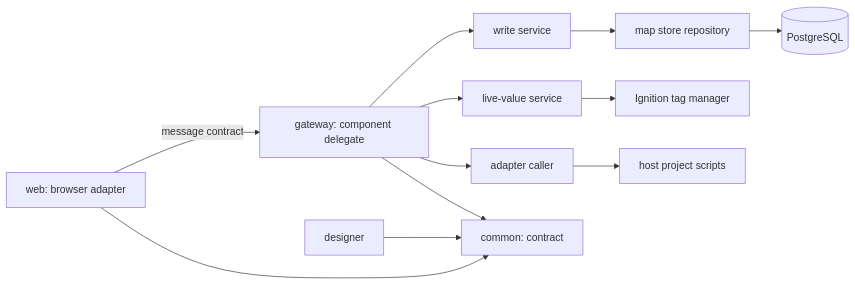
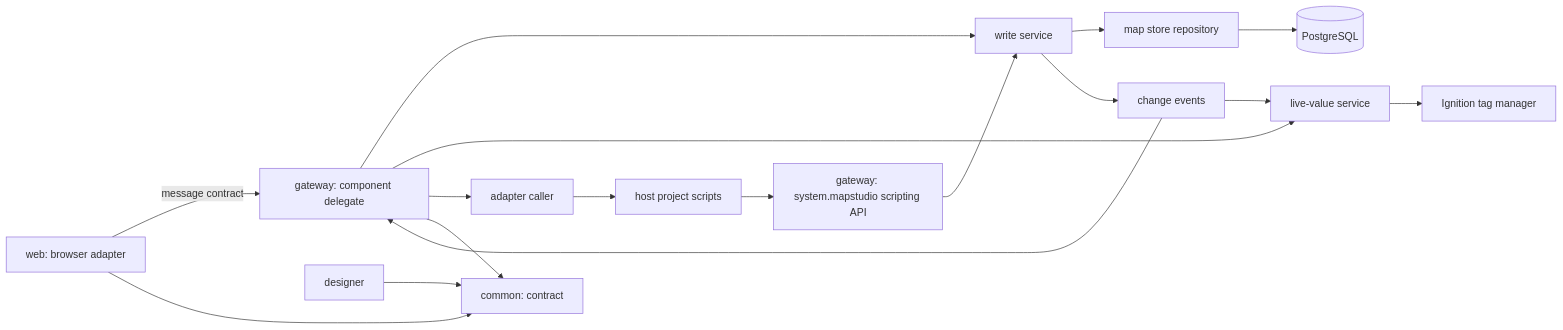
Before and after one commit to aott33/perspective-map-studio: the first of 4 diagrams in _bmad-output/initiative-flowmap/architecture-map-studio/architecture-map-studio.md, drawn with Mermaid. The commit also changed other lines of this file and 1 other file, not shown here.

First line of the commit message:
Apply reviewer fixes to the Map Studio architecture spine

````diff
--- a/_bmad-output/initiative-flowmap/architecture-map-studio/architecture-map-studio.md
+++ b/_bmad-output/initiative-flowmap/architecture-map-studio/architecture-map-studio.md
@@ -32,14 +32,19 @@
 ```mermaid
 flowchart LR
   W[web: browser adapter] -->|message contract| D[gateway: component delegate]
   D --> S[write service]
-  D --> L[live-value service]
+  API[gateway: system.mapstudio scripting API] --> S
   S --> R[map store repository]
+  S --> E[change events]
+  E --> D
+  E --> L[live-value service]
+  D --> L
   R --> PG[(PostgreSQL)]
   L --> T[Ignition tag manager]
   D --> A[adapter caller]
   A --> H[host project scripts]
+  H --> API
   W --> C[common: contract]
   D --> C
   G[designer] --> C
 ```
````
